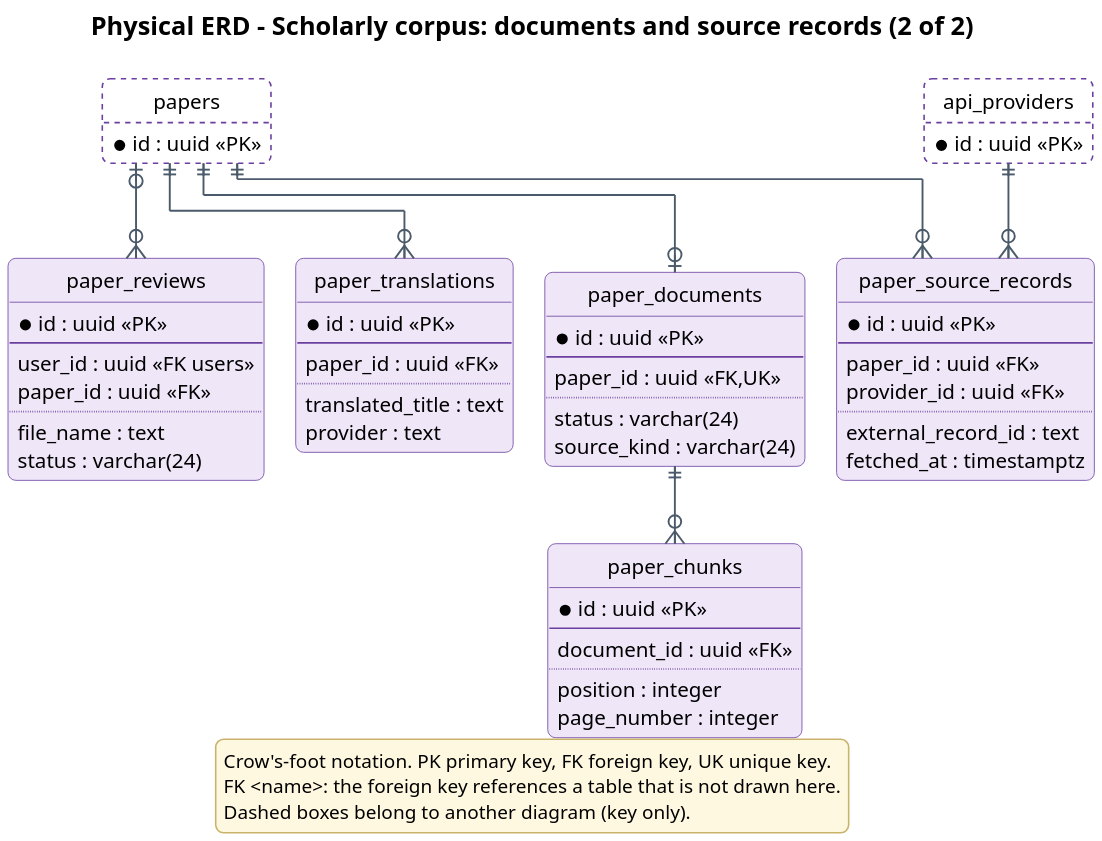
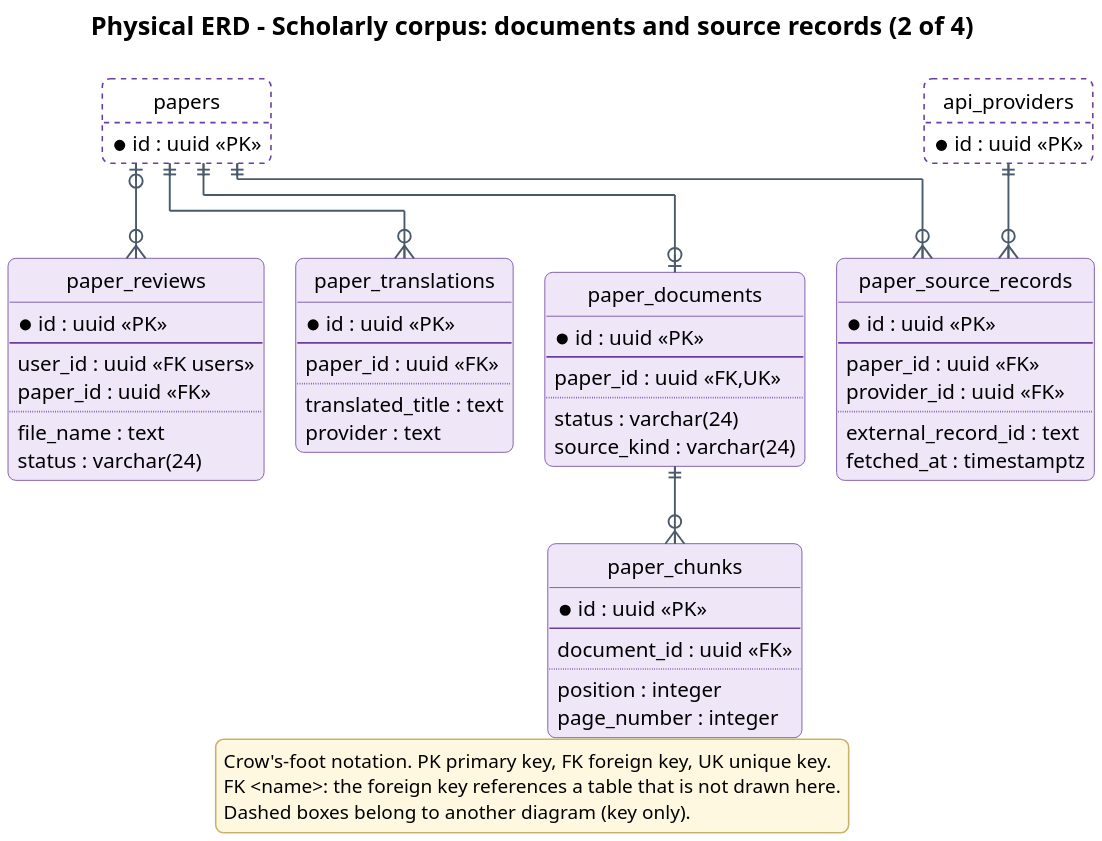
Before and after one commit to Khoa-Hoa-Technology-Solution-Company/lumi-gap: the diagram in docs/diagrams/report4/R4_ERD_scholarly_b.puml, drawn with PlantUML. The commit also changed 202 other files, not shown here.

First line of the commit message:
docs: relayout report diagrams with orthogonal hand-placed layouts

```diff
--- a/docs/diagrams/report4/R4_ERD_scholarly_b.puml
+++ b/docs/diagrams/report4/R4_ERD_scholarly_b.puml
@@ -1,87 +1,87 @@
 @startuml
 !pragma layout elk
 skinparam dpi 200
 skinparam defaultFontName "Segoe UI"
 skinparam defaultFontSize 13
 skinparam shadowing false
 skinparam roundCorner 10
 skinparam backgroundColor #FFFFFF
 skinparam ArrowColor #4A5A6A
 skinparam ArrowThickness 1.2
 skinparam ArrowFontSize 12
 skinparam ArrowFontColor #4A5A6A
 skinparam TitleFontSize 16
 skinparam TitleFontStyle bold
 skinparam entity {
   BackgroundColor #EFE6F8
   BorderColor #6A3FA0
 }
 skinparam legend {
   BackgroundColor #FFF8E1
   BorderColor #C9B36B
   FontSize 12
 }
 skinparam stereotypeFontSize 10
 hide circle
 hide empty methods
-title Physical ERD - Scholarly corpus: documents and source records (2 of 2)
+title Physical ERD - Scholarly corpus: documents and source records (2 of 4)
 entity paper_documents #EFE6F8;line:6A3FA0 {
   * id : uuid <<PK>>
   --
   paper_id : uuid <<FK,UK>>
   ..
   status : varchar(24)
   source_kind : varchar(24)
 }
 entity paper_chunks #EFE6F8;line:6A3FA0 {
   * id : uuid <<PK>>
   --
   document_id : uuid <<FK>>
   ..
   position : integer
   page_number : integer
 }
 entity paper_source_records #EFE6F8;line:6A3FA0 {
   * id : uuid <<PK>>
   --
   paper_id : uuid <<FK>>
   provider_id : uuid <<FK>>
   ..
   external_record_id : text
   fetched_at : timestamptz
 }
 entity paper_translations #EFE6F8;line:6A3FA0 {
   * id : uuid <<PK>>
   --
   paper_id : uuid <<FK>>
   ..
   translated_title : text
   provider : text
 }
 entity paper_reviews #EFE6F8;line:6A3FA0 {
   * id : uuid <<PK>>
   --
   user_id : uuid <<FK users>>
   paper_id : uuid <<FK>>
   ..
   file_name : text
   status : varchar(24)
 }
 entity papers #FFFFFF;line:6A3FA0;line.dashed {
   * id : uuid <<PK>>
 }
 entity api_providers #FFFFFF;line:6A3FA0;line.dashed {
   * id : uuid <<PK>>
 }
 api_providers ||--o{ paper_source_records
 paper_documents ||--o{ paper_chunks
 papers ||--o| paper_documents
 papers |o--o{ paper_reviews
 papers ||--o{ paper_source_records
 papers ||--o{ paper_translations
 legend bottom
 Crow's-foot notation. PK primary key, FK foreign key, UK unique key.
 FK <name>: the foreign key references a table that is not drawn here.
 Dashed boxes belong to another diagram (key only).
 endlegend
 @enduml
```
